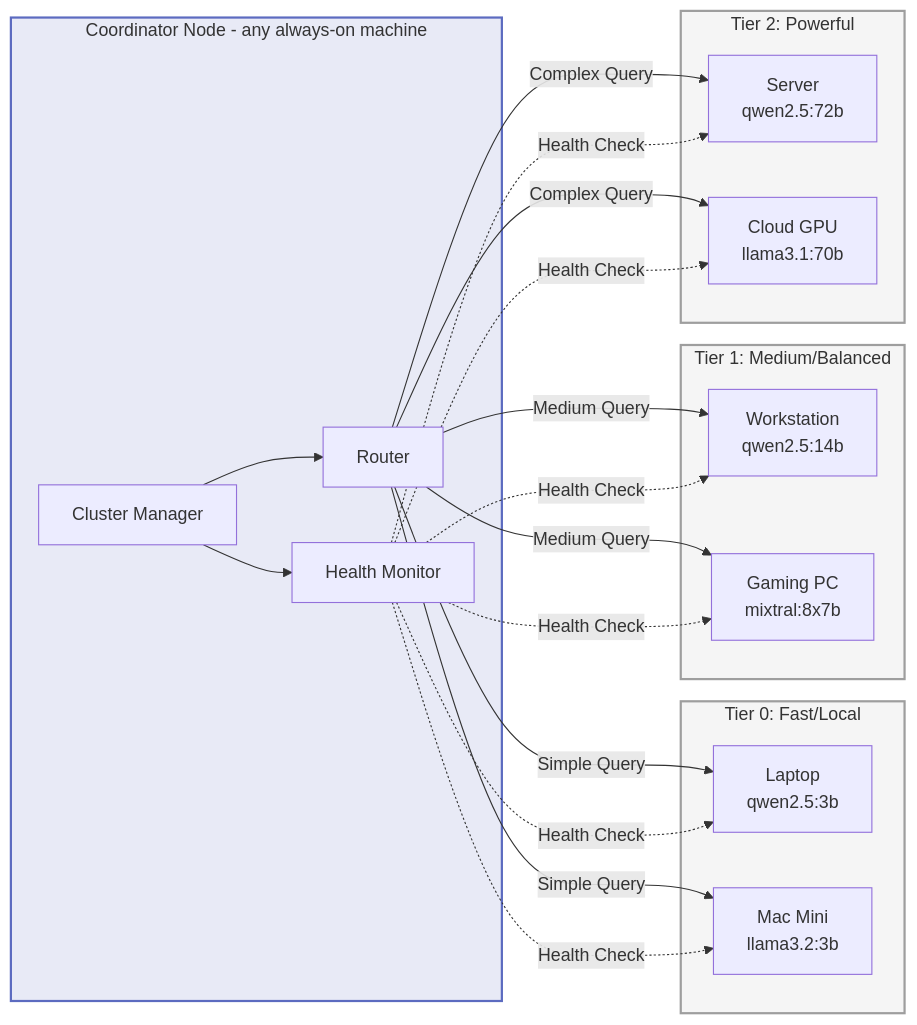
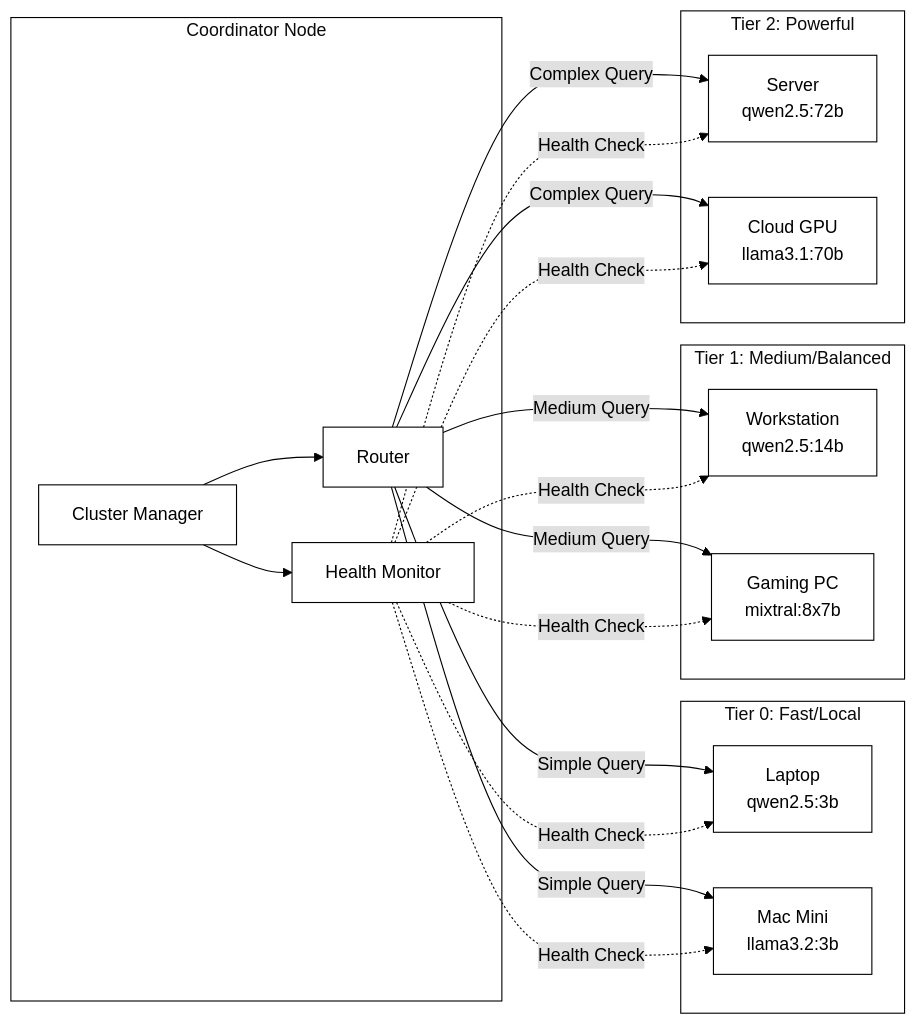
One commit to smallthinkingmachines/harombe changed the first of 2 diagrams in README.md. Above: the diagram before and after it, drawn with Mermaid. The commit also changed other lines of this file, not shown here.

First line of the commit message:
docs: update Mermaid diagrams with clean professional theme

````diff
--- a/README.md
+++ b/README.md
@@ -183,43 +183,39 @@
 ```mermaid
-graph LR
-    subgraph Coordinator["Coordinator Node - any always-on machine"]
+%%{init: {'theme': 'base', 'themeVariables': {'primaryColor': '#ffffff', 'primaryTextColor': '#000000', 'primaryBorderColor': '#000000', 'lineColor': '#000000', 'secondaryColor': '#e8e8e8', 'tertiaryColor': '#f5f5f5', 'edgeLabelBackground': '#e0e0e0', 'clusterBkg': '#ffffff', 'clusterBorder': '#000000'}}}%%
+flowchart LR
+    subgraph Coordinator["Coordinator Node"]
         CM[Cluster Manager]
         HM[Health Monitor]
         RT[Router]
     end
 
     subgraph Tier0["Tier 0: Fast/Local"]
         T0N1[Laptop<br/>qwen2.5:3b]
         T0N2[Mac Mini<br/>llama3.2:3b]
     end
 
     subgraph Tier1["Tier 1: Medium/Balanced"]
         T1N1[Workstation<br/>qwen2.5:14b]
         T1N2[Gaming PC<br/>mixtral:8x7b]
     end
 
     subgraph Tier2["Tier 2: Powerful"]
         T2N1[Server<br/>qwen2.5:72b]
         T2N2[Cloud GPU<br/>llama3.1:70b]
     end
 
     CM --> HM
     CM --> RT
     RT -->|Simple Query| T0N1
     RT -->|Simple Query| T0N2
     RT -->|Medium Query| T1N1
     RT -->|Medium Query| T1N2
     RT -->|Complex Query| T2N1
     RT -->|Complex Query| T2N2
     HM -.->|Health Check| T0N1
     HM -.->|Health Check| T0N2
     HM -.->|Health Check| T1N1
     HM -.->|Health Check| T1N2
     HM -.->|Health Check| T2N1
     HM -.->|Health Check| T2N2
-
-    style Coordinator fill:#e8eaf6,stroke:#5c6bc0,stroke-width:2px
-    style Tier0 fill:#f5f5f5,stroke:#9e9e9e,stroke-width:2px
-    style Tier1 fill:#f5f5f5,stroke:#9e9e9e,stroke-width:2px
-    style Tier2 fill:#f5f5f5,stroke:#9e9e9e,stroke-width:2px
 ```
````
